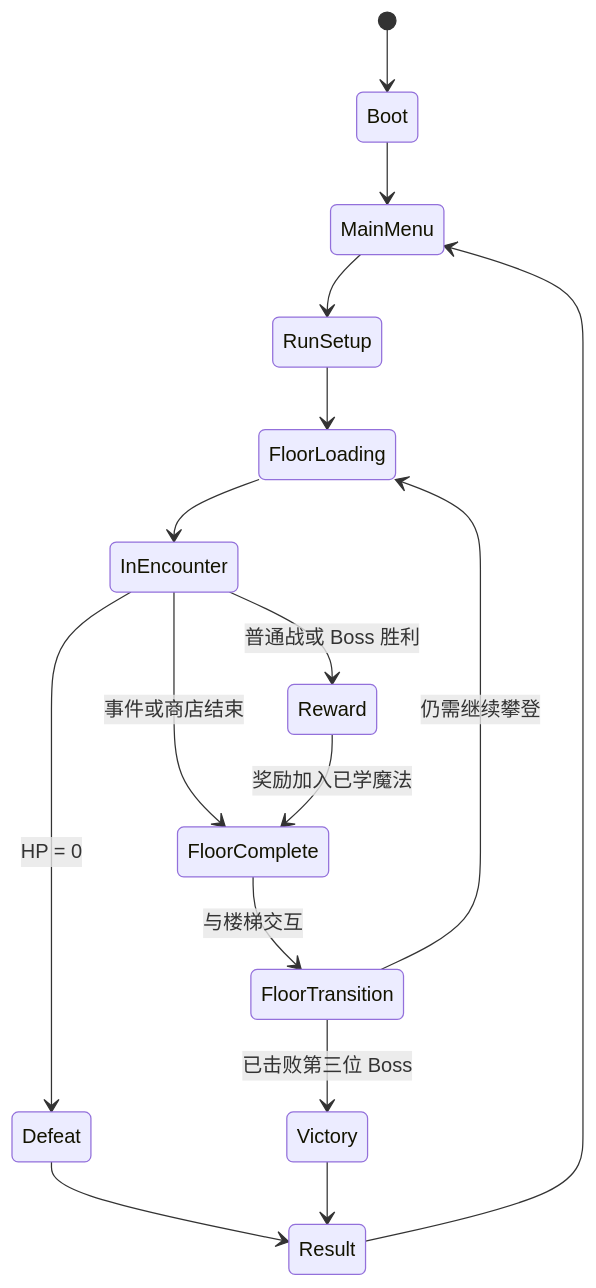
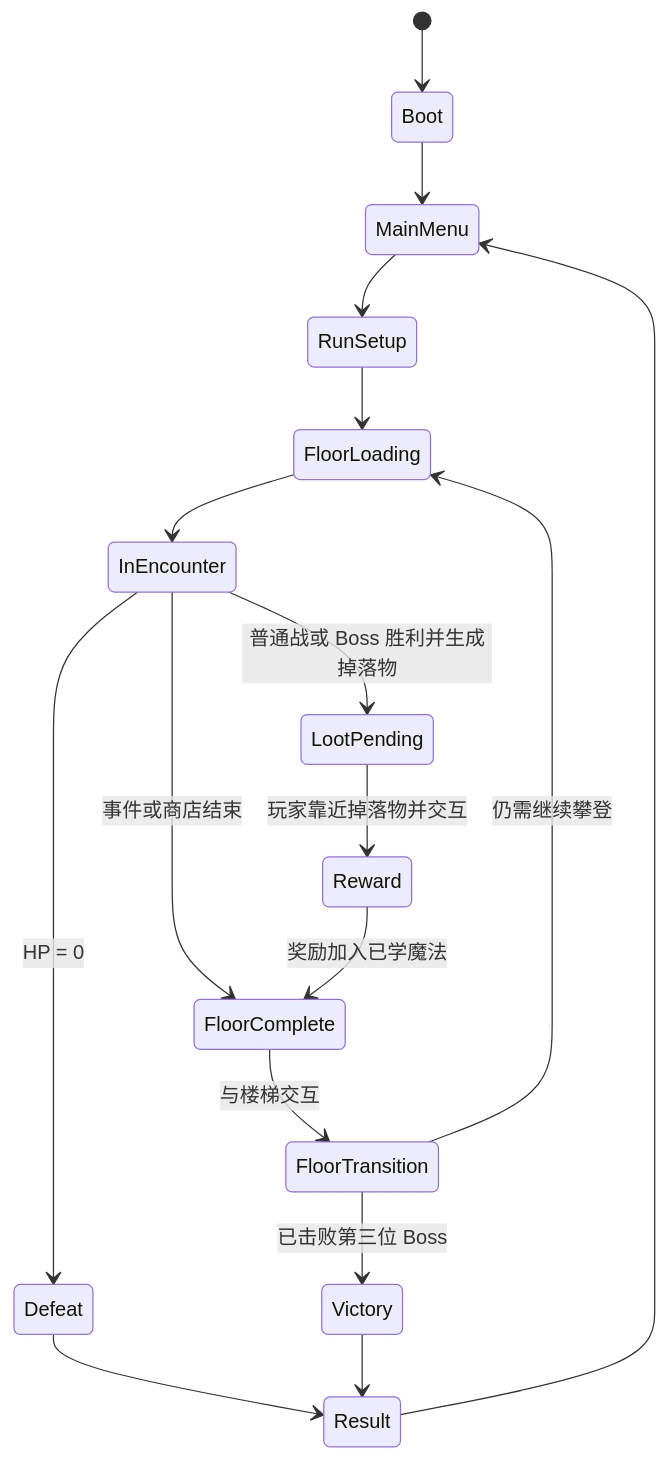
Before and after one commit to xyxy24/frieren_spire: the second of 2 diagrams in docs/ARCHITECTURE.md, drawn with Mermaid. The commit also changed other lines of this file and 14 other files, not shown here.

````diff
--- a/docs/ARCHITECTURE.md
+++ b/docs/ARCHITECTURE.md
@@ -88,18 +88,19 @@
 ```mermaid
 stateDiagram-v2
     [*] --> Boot
     Boot --> MainMenu
     MainMenu --> RunSetup
     RunSetup --> FloorLoading
     FloorLoading --> InEncounter
-    InEncounter --> Reward: 普通战或 Boss 胜利
+    InEncounter --> LootPending: 普通战或 Boss 胜利并生成掉落物
+    LootPending --> Reward: 玩家靠近掉落物并交互
     InEncounter --> FloorComplete: 事件或商店结束
     InEncounter --> Defeat: HP = 0
     Reward --> FloorComplete: 奖励加入已学魔法
     FloorComplete --> FloorTransition: 与楼梯交互
     FloorTransition --> Victory: 已击败第三位 Boss
     FloorTransition --> FloorLoading: 仍需继续攀登
     Defeat --> Result
     Victory --> Result
     Result --> MainMenu
 ```
````
